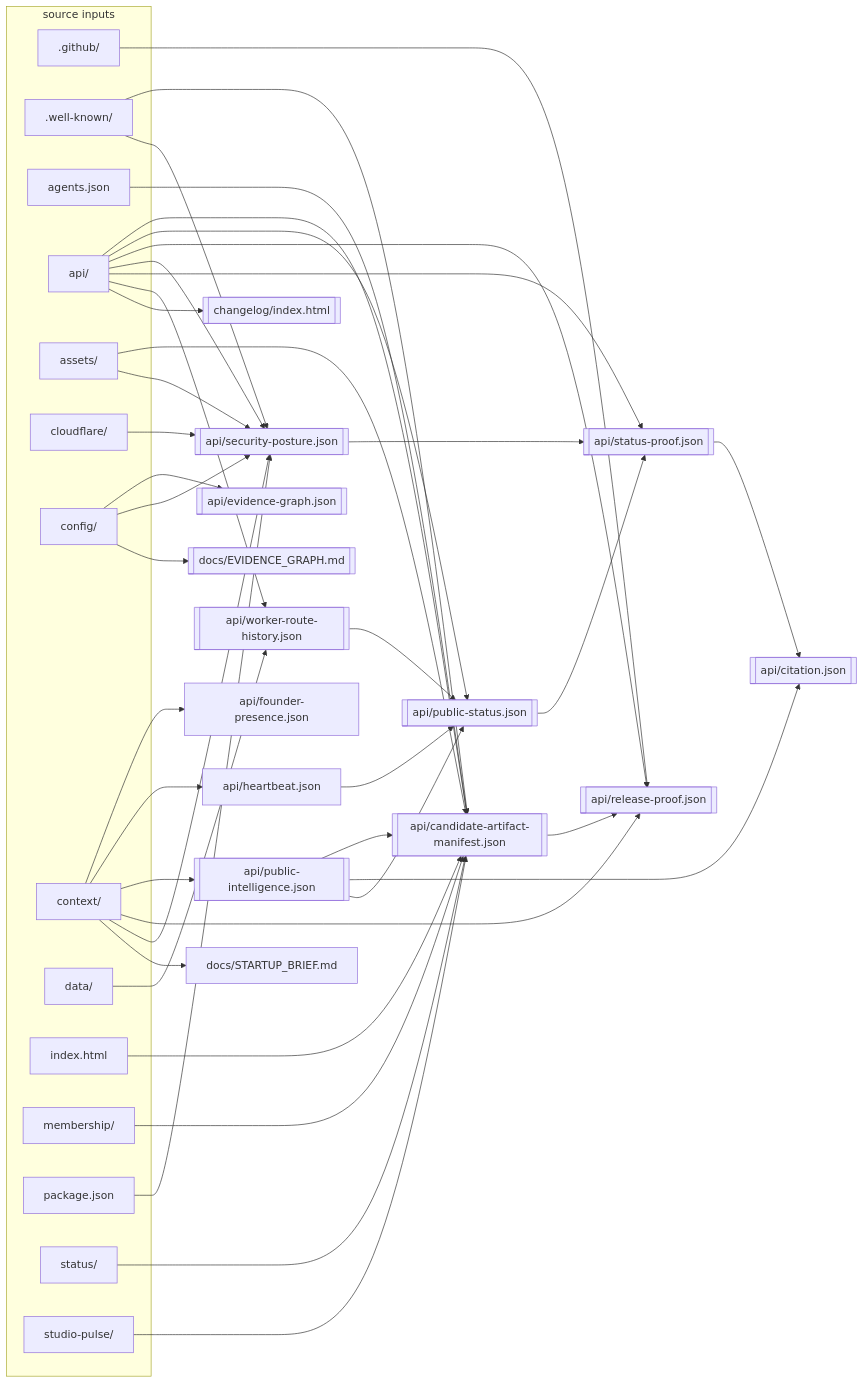
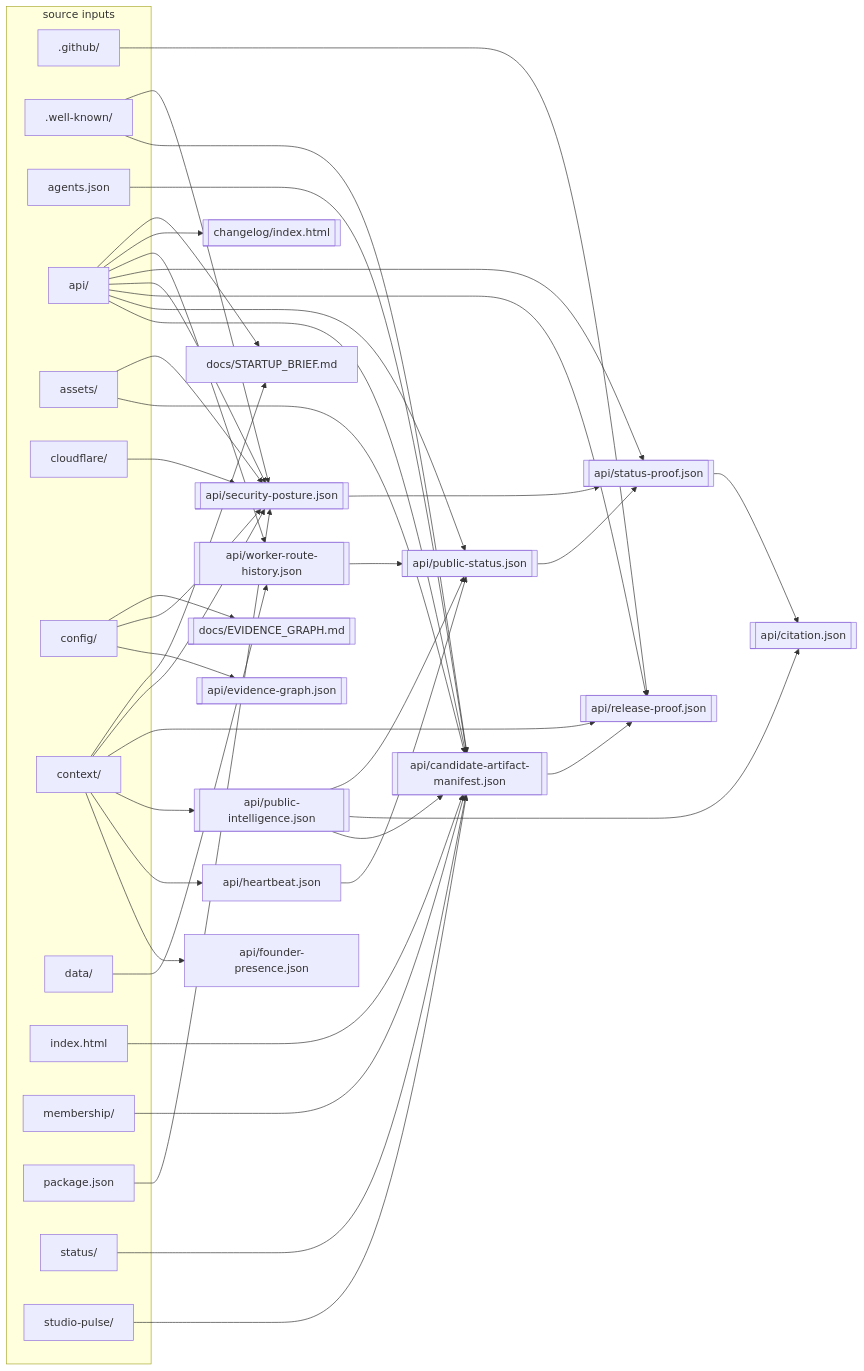
Before and after one commit to VaultSparkStudios/VaultSparkStudios.github.io: the diagram in docs/EVIDENCE_GRAPH.md, drawn with Mermaid. The commit also changed other lines of this file and 74 other files, not shown here.

````diff
--- a/docs/EVIDENCE_GRAPH.md
+++ b/docs/EVIDENCE_GRAPH.md
@@ -30,71 +30,72 @@
 ```mermaid
 flowchart LR
   subgraph inputs["source inputs"]
     n__github_[".github/"]
     n__well_known_[".well-known/"]
     n_agents_json["agents.json"]
     n_api_["api/"]
     n_assets_["assets/"]
     n_cloudflare_["cloudflare/"]
     n_config_["config/"]
     n_context_["context/"]
     n_data_["data/"]
     n_index_html["index.html"]
     n_membership_["membership/"]
     n_package_json["package.json"]
     n_status_["status/"]
     n_studio_pulse_["studio-pulse/"]
   end
   n_api_candidate_artifact_manifest_json[["api/candidate-artifact-manifest.json"]]
   n_api_citation_json[["api/citation.json"]]
   n_api_evidence_graph_json[["api/evidence-graph.json"]]
   n_docs_EVIDENCE_GRAPH_md[["docs/EVIDENCE_GRAPH.md"]]
   n_api_founder_presence_json["api/founder-presence.json"]
   n_api_heartbeat_json["api/heartbeat.json"]
   n_api_public_intelligence_json[["api/public-intelligence.json"]]
   n_api_public_status_json[["api/public-status.json"]]
   n_api_release_proof_json[["api/release-proof.json"]]
   n_api_security_posture_json[["api/security-posture.json"]]
   n_docs_STARTUP_BRIEF_md["docs/STARTUP_BRIEF.md"]
   n_api_status_proof_json[["api/status-proof.json"]]
   n_api_worker_route_history_json[["api/worker-route-history.json"]]
   n_changelog_index_html[["changelog/index.html"]]
   n__github_ --> n_api_release_proof_json
   n__well_known_ --> n_api_candidate_artifact_manifest_json
   n__well_known_ --> n_api_security_posture_json
   n_agents_json --> n_api_candidate_artifact_manifest_json
   n_api_ --> n_api_candidate_artifact_manifest_json
   n_api_ --> n_api_public_status_json
   n_api_ --> n_api_release_proof_json
   n_api_ --> n_api_security_posture_json
   n_api_ --> n_api_status_proof_json
   n_api_ --> n_api_worker_route_history_json
   n_api_ --> n_changelog_index_html
+  n_api_ --> n_docs_STARTUP_BRIEF_md
   n_api_candidate_artifact_manifest_json --> n_api_release_proof_json
   n_api_heartbeat_json --> n_api_public_status_json
   n_api_public_intelligence_json --> n_api_candidate_artifact_manifest_json
   n_api_public_intelligence_json --> n_api_citation_json
   n_api_public_intelligence_json --> n_api_public_status_json
   n_api_public_status_json --> n_api_status_proof_json
   n_api_security_posture_json --> n_api_status_proof_json
   n_api_status_proof_json --> n_api_citation_json
   n_api_worker_route_history_json --> n_api_public_status_json
   n_assets_ --> n_api_candidate_artifact_manifest_json
   n_assets_ --> n_api_security_posture_json
   n_cloudflare_ --> n_api_security_posture_json
   n_config_ --> n_api_evidence_graph_json
   n_config_ --> n_api_security_posture_json
   n_config_ --> n_docs_EVIDENCE_GRAPH_md
   n_context_ --> n_api_founder_presence_json
   n_context_ --> n_api_heartbeat_json
   n_context_ --> n_api_public_intelligence_json
   n_context_ --> n_api_release_proof_json
   n_context_ --> n_api_security_posture_json
   n_context_ --> n_docs_STARTUP_BRIEF_md
   n_data_ --> n_api_worker_route_history_json
   n_index_html --> n_api_candidate_artifact_manifest_json
   n_membership_ --> n_api_candidate_artifact_manifest_json
   n_package_json --> n_api_security_posture_json
   n_status_ --> n_api_candidate_artifact_manifest_json
   n_studio_pulse_ --> n_api_candidate_artifact_manifest_json
 ```
````
